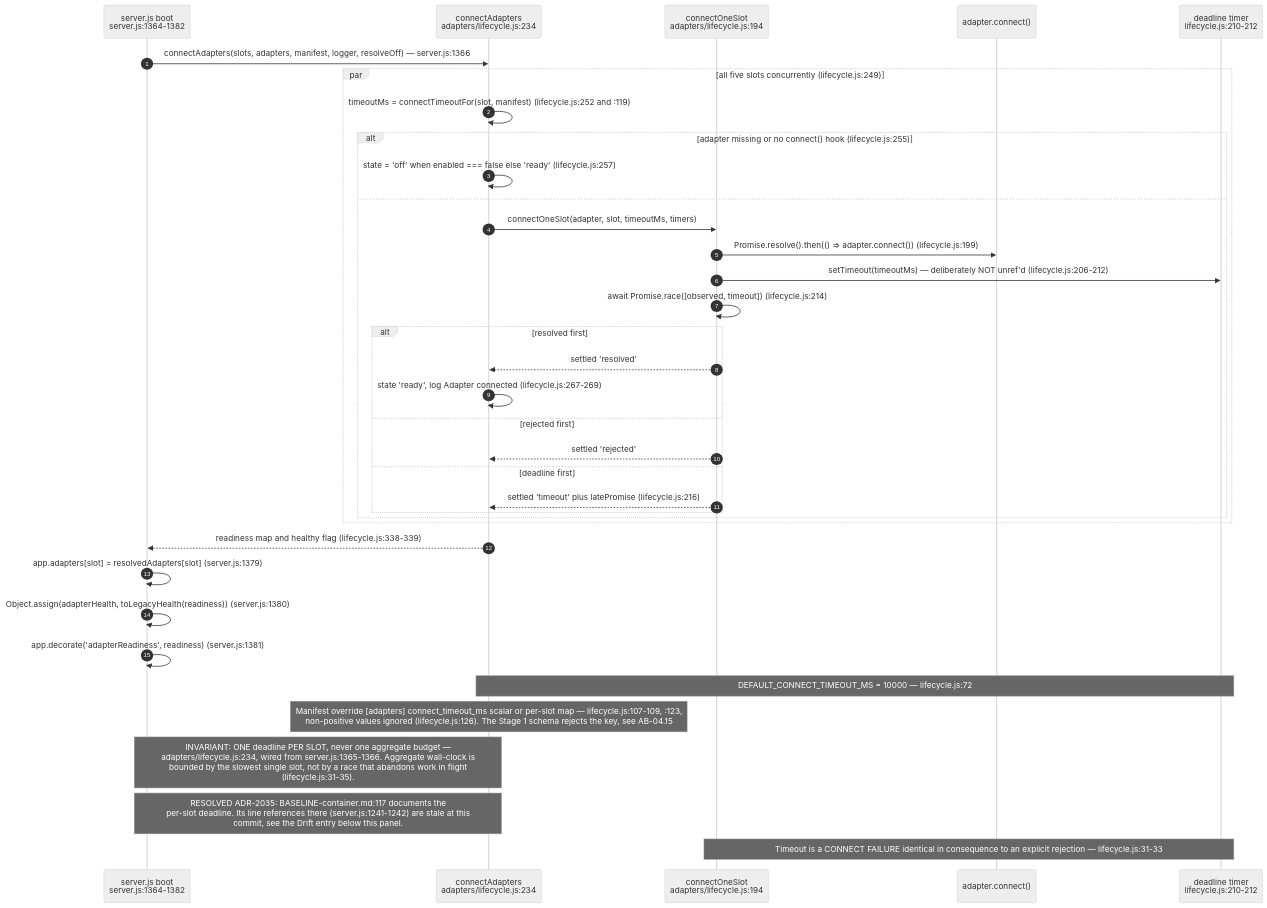
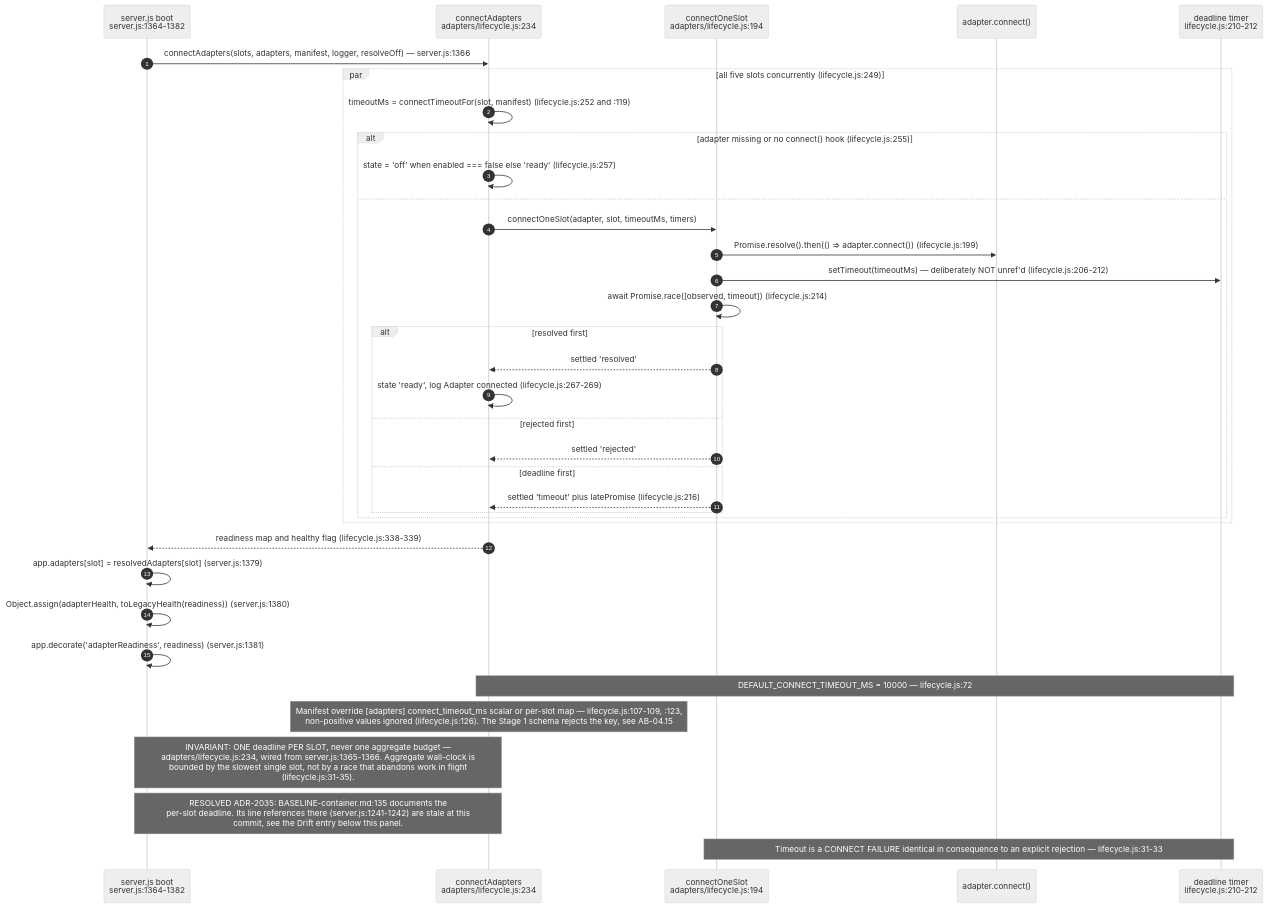
The sixth of 15 diagrams in docs/diagrams/agentbox/04-adapter-spine.md (DreamLab-AI/VisionFlow), drawn with Mermaid (neutral theme) before and after one commit. The commit also changed other lines of this file and 154 other files, not shown here.

First line of the commit message:
docs(diagrams): re-stamp 154 topics whose every citation still reads the same text at the current heads

````diff
--- a/docs/diagrams/agentbox/04-adapter-spine.md
+++ b/docs/diagrams/agentbox/04-adapter-spine.md
@@ -267,39 +267,39 @@
 ```mermaid
 sequenceDiagram
     autonumber
     participant SV as server.js boot<br/>server.js:1364-1382
     participant LC as connectAdapters<br/>adapters/lifecycle.js:234
     participant CO as connectOneSlot<br/>adapters/lifecycle.js:194
     participant AD as adapter.connect()
     participant T as deadline timer<br/>lifecycle.js:210-212
 
     SV->>LC: connectAdapters(slots, adapters, manifest, logger, resolveOff) — server.js:1366
     par all five slots concurrently (lifecycle.js:249)
         LC->>LC: timeoutMs = connectTimeoutFor(slot, manifest) (lifecycle.js:252 and :119)
         alt adapter missing or no connect() hook (lifecycle.js:255)
             LC->>LC: state = 'off' when enabled === false else 'ready' (lifecycle.js:257)
         else
             LC->>CO: connectOneSlot(adapter, slot, timeoutMs, timers)
             CO->>AD: Promise.resolve().then(() => adapter.connect()) (lifecycle.js:199)
             CO->>T: setTimeout(timeoutMs) — deliberately NOT unref'd (lifecycle.js:206-212)
             CO->>CO: await Promise.race([observed, timeout]) (lifecycle.js:214)
             alt resolved first
                 CO-->>LC: settled 'resolved'
                 LC->>LC: state 'ready', log Adapter connected (lifecycle.js:267-269)
             else rejected first
                 CO-->>LC: settled 'rejected'
             else deadline first
                 CO-->>LC: settled 'timeout' plus latePromise (lifecycle.js:216)
             end
         end
     end
     LC-->>SV: readiness map and healthy flag (lifecycle.js:338-339)
     SV->>SV: app.adapters[slot] = resolvedAdapters[slot] (server.js:1379)
     SV->>SV: Object.assign(adapterHealth, toLegacyHealth(readiness)) (server.js:1380)
     SV->>SV: app.decorate('adapterReadiness', readiness) (server.js:1381)
     Note over LC,T: DEFAULT_CONNECT_TIMEOUT_MS = 10000 — lifecycle.js:72
     Note over LC: Manifest override [adapters] connect_timeout_ms scalar or per-slot map — lifecycle.js:107-109, :123,<br/>non-positive values ignored (lifecycle.js:126). The Stage 1 schema rejects the key, see AB-04.15
     Note over SV,LC: INVARIANT: ONE deadline PER SLOT, never one aggregate budget —<br/>adapters/lifecycle.js:234, wired from server.js:1365-1366. Aggregate wall-clock is<br/>bounded by the slowest single slot, not by a race that abandons work in flight<br/>(lifecycle.js:31-35).
-    Note over SV,LC: RESOLVED ADR-2035: BASELINE-container.md:117 documents the<br/>per-slot deadline. Its line references there (server.js:1241-1242) are stale at this<br/>commit, see the Drift entry below this panel.
+    Note over SV,LC: RESOLVED ADR-2035: BASELINE-container.md:135 documents the<br/>per-slot deadline. Its line references there (server.js:1241-1242) are stale at this<br/>commit, see the Drift entry below this panel.
     Note over CO,T: Timeout is a CONNECT FAILURE identical in consequence to an explicit rejection — lifecycle.js:31-33
 ```
````
